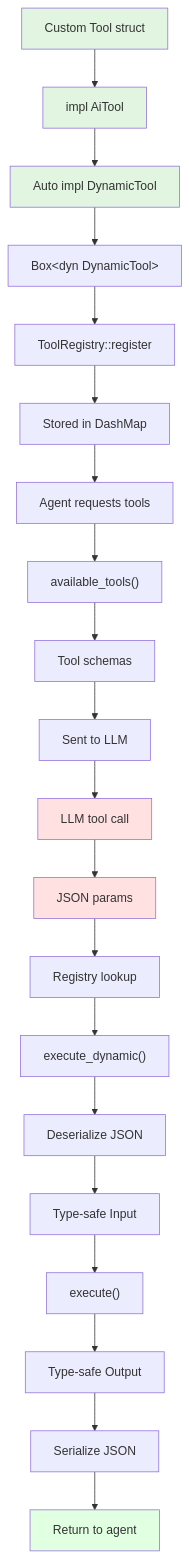
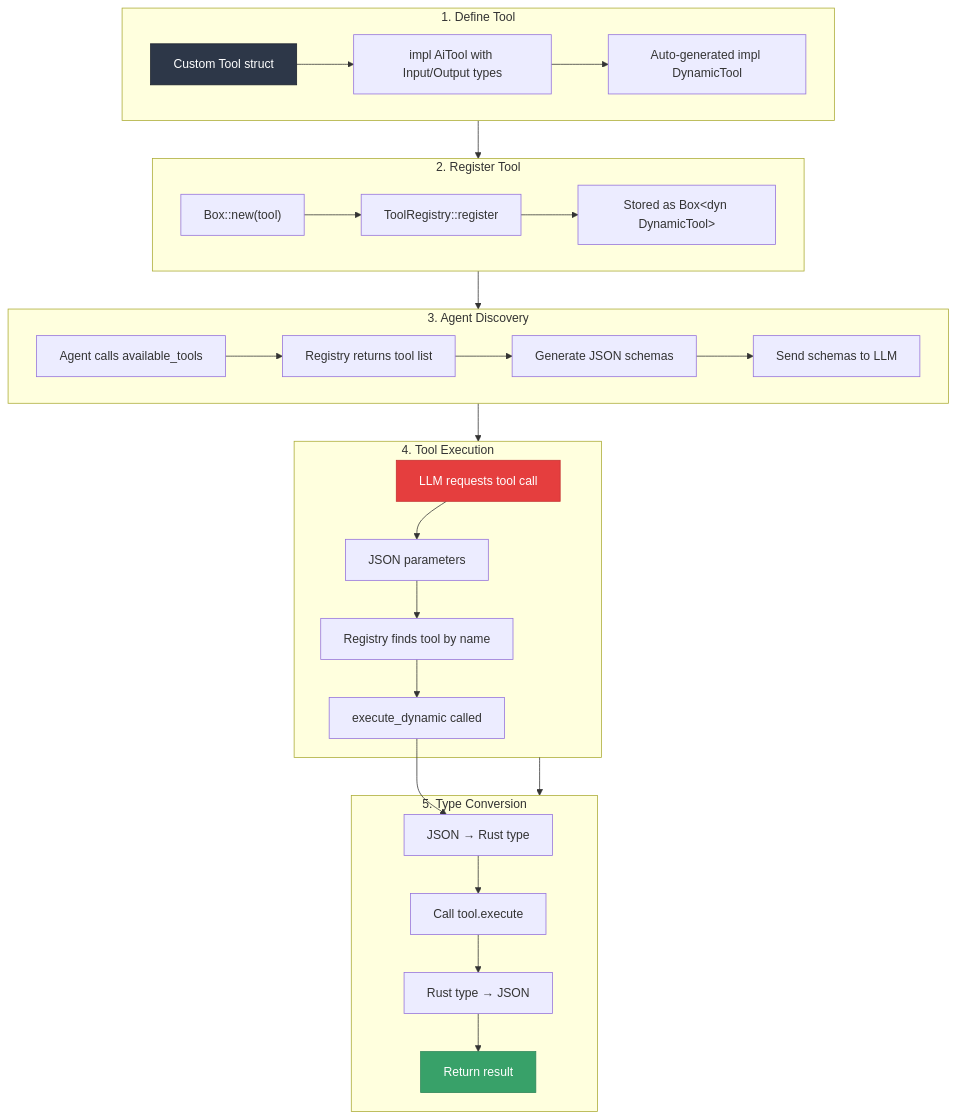
One commit to scarnecchia/numina changed the diagram in docs/tool-system-guide.md. Above: the diagram before and after it, drawn with Mermaid.

````diff
--- a/docs/tool-system-guide.md
+++ b/docs/tool-system-guide.md
@@ -56,34 +56,58 @@
 ```mermaid
-graph TD
-    A[Custom Tool struct]
-    A --> B[impl AiTool]
-    B --> C[Auto impl DynamicTool]
+flowchart TD
+    subgraph define ["1. Define Tool"]
+        A[Custom Tool struct]
+        B[impl AiTool with Input/Output types]
+        C[Auto-generated impl DynamicTool]
+        A --> B
+        B --> C
+    end
     
-    C --> D["Box&lt;dyn DynamicTool&gt;"]
-    D --> E[ToolRegistry::register]
-    E --> F[Stored in DashMap]
+    subgraph register ["2. Register Tool"]
+        D["Box::new(tool)"]
+        E[ToolRegistry::register]
+        F["Stored as Box&lt;dyn DynamicTool&gt;"]
+        D --> E
+        E --> F
+    end
     
-    F --> G[Agent requests tools]
-    G --> H["available_tools()"]
-    H --> I[Tool schemas]
-    I --> J[Sent to LLM]
+    subgraph discover ["3. Agent Discovery"]
+        G[Agent calls available_tools]
+        H[Registry returns tool list]
+        I[Generate JSON schemas]
+        J[Send schemas to LLM]
+        G --> H
+        H --> I
+        I --> J
+    end
     
-    J --> K[LLM tool call]
-    K --> L[JSON params]
-    L --> M[Registry lookup]
-    M --> N["execute_dynamic()"]
+    subgraph execute ["4. Tool Execution"]
+        K[LLM requests tool call]
+        L[JSON parameters]
+        M[Registry finds tool by name]
+        N[execute_dynamic called]
+        K --> L
+        L --> M
+        M --> N
+    end
     
-    N --> O[Deserialize JSON]
-    O --> P[Type-safe Input]
-    P --> Q["execute()"]
-    Q --> R[Type-safe Output]
-    R --> S[Serialize JSON]
-    S --> T[Return to agent]
+    subgraph convert ["5. Type Conversion"]
+        O[JSON → Rust type]
+        P[Call tool.execute]
+        Q[Rust type → JSON]
+        R[Return result]
+        N --> O
+        O --> P
+        P --> Q
+        Q --> R
+    end
     
-    style A fill:#e1f5e1
-    style B fill:#e1f5e1
-    style C fill:#e1f5e1
-    style K fill:#ffe1e1
-    style L fill:#ffe1e1
-    style T fill:#e1ffe1
+    define --> register
+    register --> discover
+    discover --> execute
+    execute --> convert
+    
+    style A fill:#2d3748,stroke:#1a202c,color:#fff
+    style K fill:#e53e3e,stroke:#c53030,color:#fff
+    style R fill:#38a169,stroke:#2f855a,color:#fff
 ```
````
